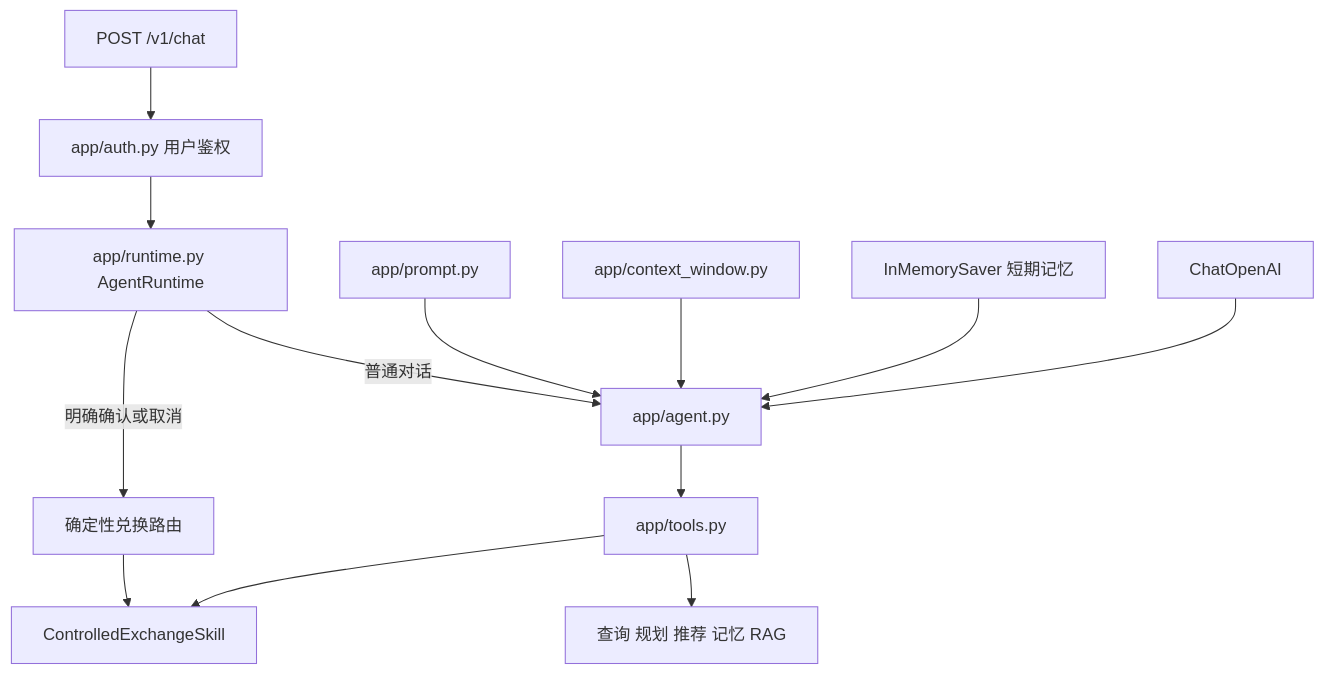
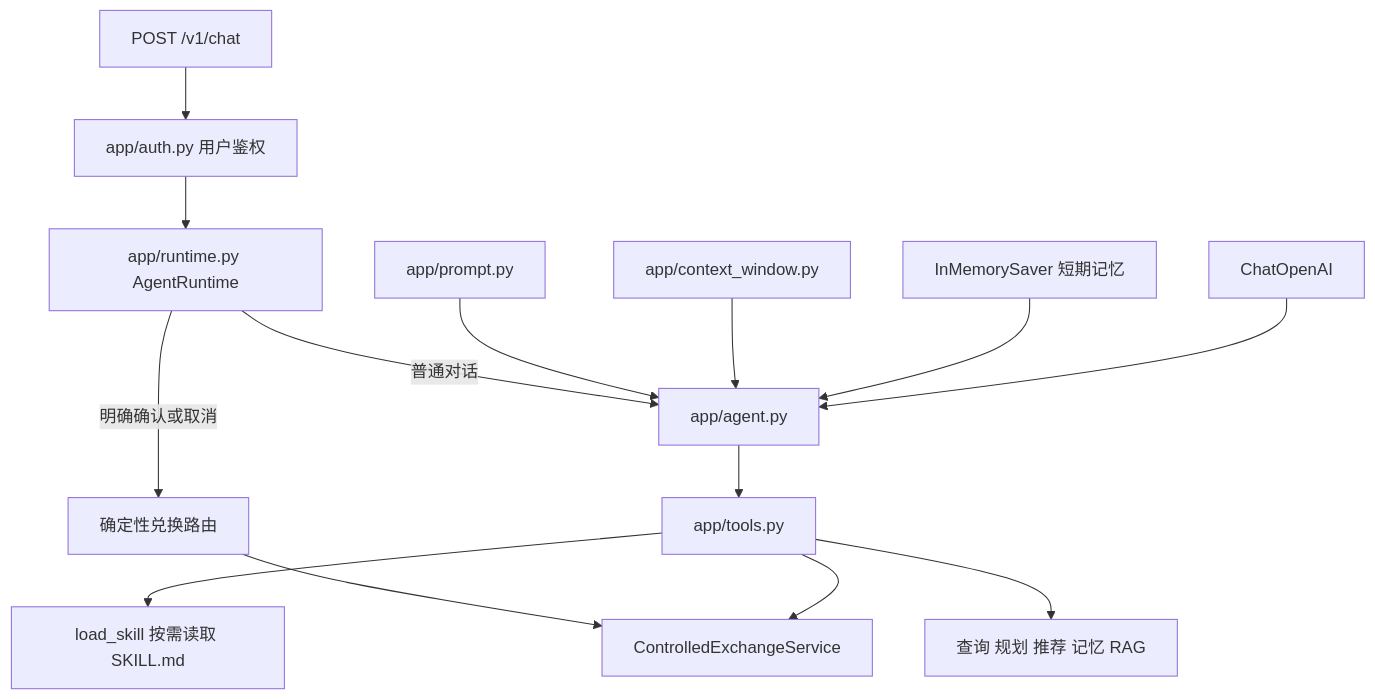
The second of 6 diagrams in docs/agent-design/50_Agent核心代码调用全景.md (2549704486a/java), drawn with Mermaid before and after one commit. The commit also changed other lines of this file and 27 other files, not shown here.

````diff
--- a/docs/agent-design/50_Agent核心代码调用全景.md
+++ b/docs/agent-design/50_Agent核心代码调用全景.md
@@ -29,18 +29,19 @@
 ```mermaid
 flowchart TB
     CHAT["POST /v1/chat"] --> AUTH["app/auth.py 用户鉴权"]
     AUTH --> RUNTIME["app/runtime.py AgentRuntime"]
 
     RUNTIME -->|普通对话| AGENT["app/agent.py"]
     RUNTIME -->|明确确认或取消| DIRECT["确定性兑换路由"]
 
     PROMPT["app/prompt.py"] --> AGENT
     CONTEXT["app/context_window.py"] --> AGENT
     CHECKPOINT["InMemorySaver 短期记忆"] --> AGENT
     MODEL["ChatOpenAI"] --> AGENT
 
     AGENT --> TOOLS["app/tools.py"]
-    DIRECT --> EXCHANGE["ControlledExchangeSkill"]
+    TOOLS --> LOAD["load_skill 按需读取 SKILL.md"]
+    DIRECT --> EXCHANGE["ControlledExchangeService"]
     TOOLS --> EXCHANGE
     TOOLS --> OTHER["查询 规划 推荐 记忆 RAG"]
 ```
````
